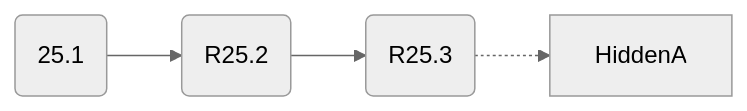
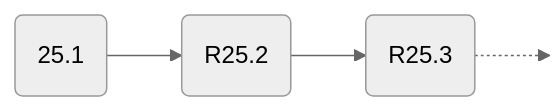
Before and after one commit to spectrum-health-systems/tingen-documentation: the first of 6 diagrams in dev/development-cycle.md, drawn with Mermaid (neutral theme). The commit also changed other lines of this file, not shown here.

````diff
--- a/dev/development-cycle.md
+++ b/dev/development-cycle.md
@@ -20,10 +20,11 @@
 ```mermaid
 flowchart LR
     %% Components
     R25.1@{shape: rounded, label: "25.1"}
     R25.2@{shape: rounded, label: "R25.2"}
     R25.3@{shape: rounded, label: "R25.3"}
     %% Layout
     R25.1 --> R25.2 --> R25.3 -.-> HiddenA:::Hidden
     %% Styles
+ classDef Hidden display: none;
 ```
````
